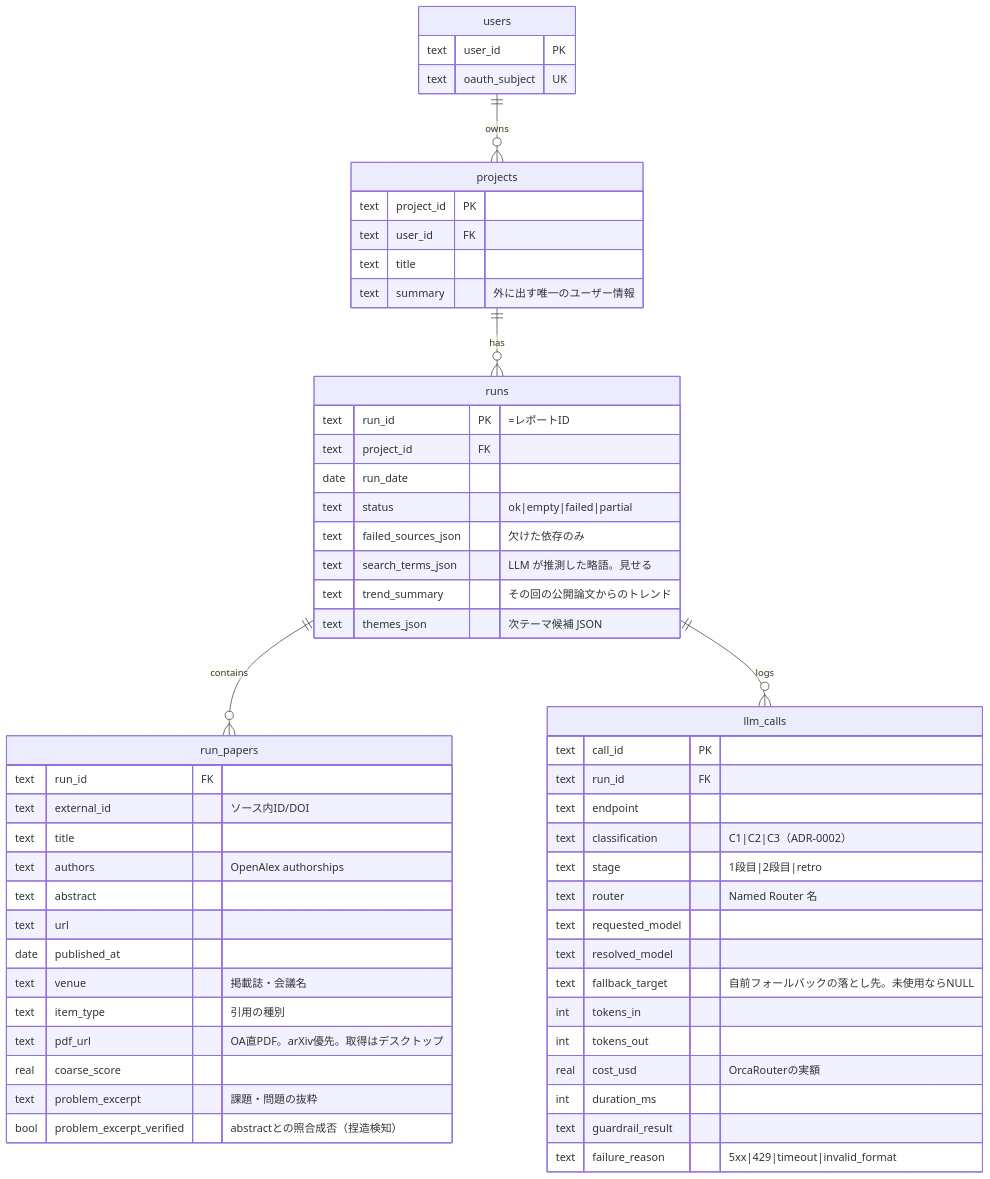
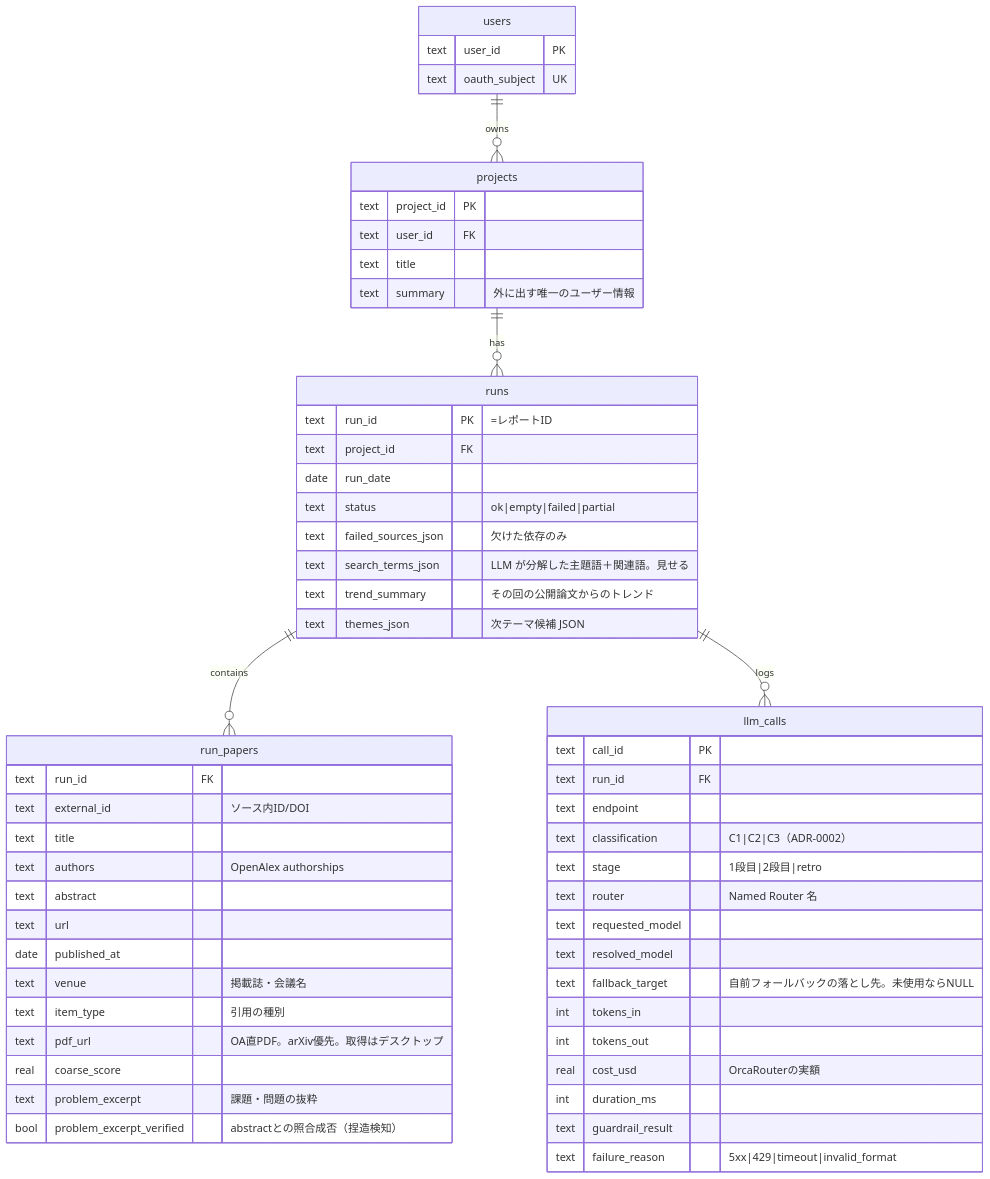
One commit to uzak0209/AI-Research changed the first of 2 diagrams in docs/er-diagram.md. Above: the diagram before and after it, drawn with Mermaid. The commit also changed other lines of this file and 6 other files, not shown here.

````diff
--- a/docs/er-diagram.md
+++ b/docs/er-diagram.md
@@ -32,60 +32,60 @@
 ```mermaid
 erDiagram
     users ||--o{ projects : owns
     projects ||--o{ runs : has
     runs ||--o{ run_papers : contains
     runs ||--o{ llm_calls : logs
 
     users {
         text user_id PK
         text oauth_subject UK
     }
     projects {
         text project_id PK
         text user_id FK
         text title
         text summary "外に出す唯一のユーザー情報"
     }
     runs {
         text run_id PK "=レポートID"
         text project_id FK
         date run_date
         text status "ok|empty|failed|partial"
         text failed_sources_json "欠けた依存のみ"
-        text search_terms_json "LLM が推測した略語。見せる"
+        text search_terms_json "LLM が分解した主題語＋関連語。見せる"
         text trend_summary "その回の公開論文からのトレンド"
         text themes_json "次テーマ候補 JSON"
     }
     run_papers {
         text run_id FK
         text external_id "ソース内ID/DOI"
         text title
         text authors "OpenAlex authorships"
         text abstract
         text url
         date published_at
         text venue "掲載誌・会議名"
         text item_type "引用の種別"
         text pdf_url "OA直PDF。arXiv優先。取得はデスクトップ"
         real coarse_score
         text problem_excerpt "課題・問題の抜粋"
         bool problem_excerpt_verified "abstractとの照合成否（捏造検知）"
     }
     llm_calls {
         text call_id PK
         text run_id FK
         text endpoint
         text classification "C1|C2|C3（ADR-0002）"
         text stage "1段目|2段目|retro"
         text router "Named Router 名"
         text requested_model
         text resolved_model
         text fallback_target "自前フォールバックの落とし先。未使用ならNULL"
         int tokens_in
         int tokens_out
         real cost_usd "OrcaRouterの実額"
         int duration_ms
         text guardrail_result
         text failure_reason "5xx|429|timeout|invalid_format"
     }
 ```
````
